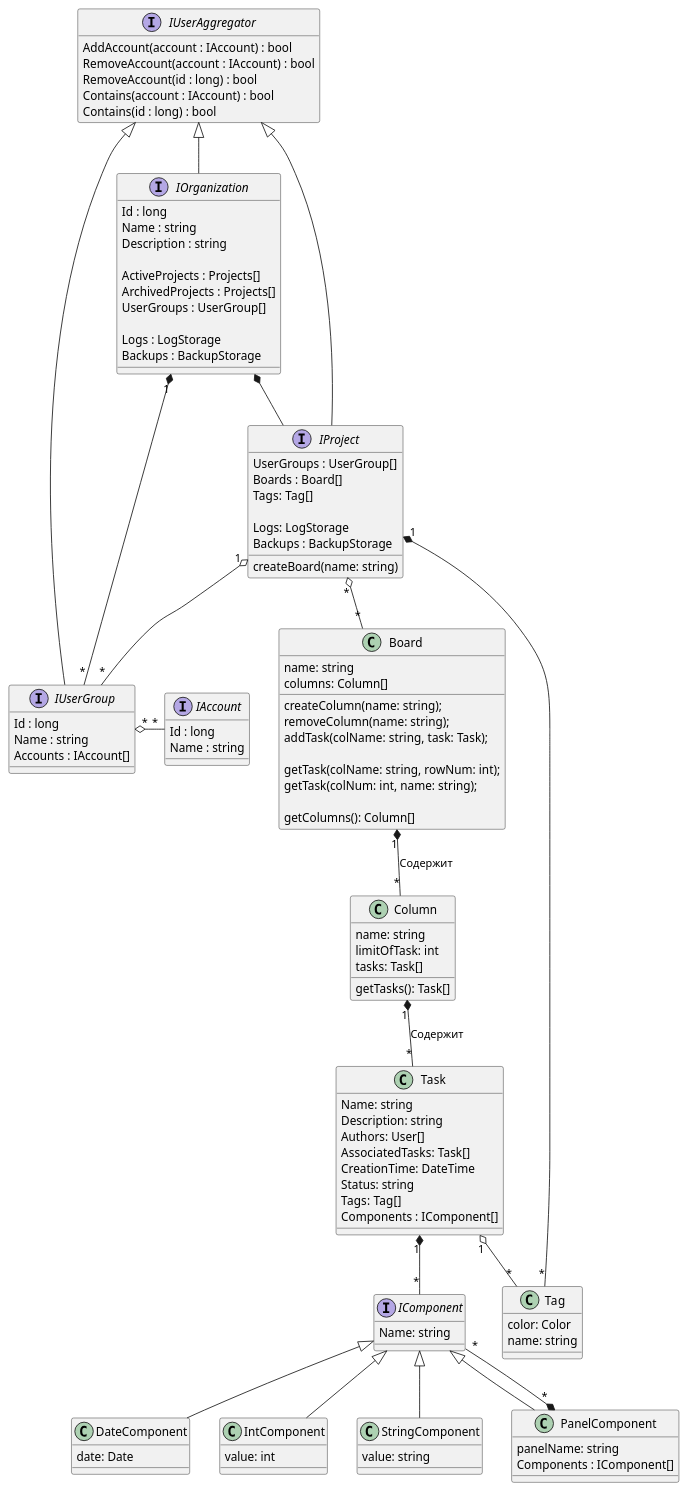
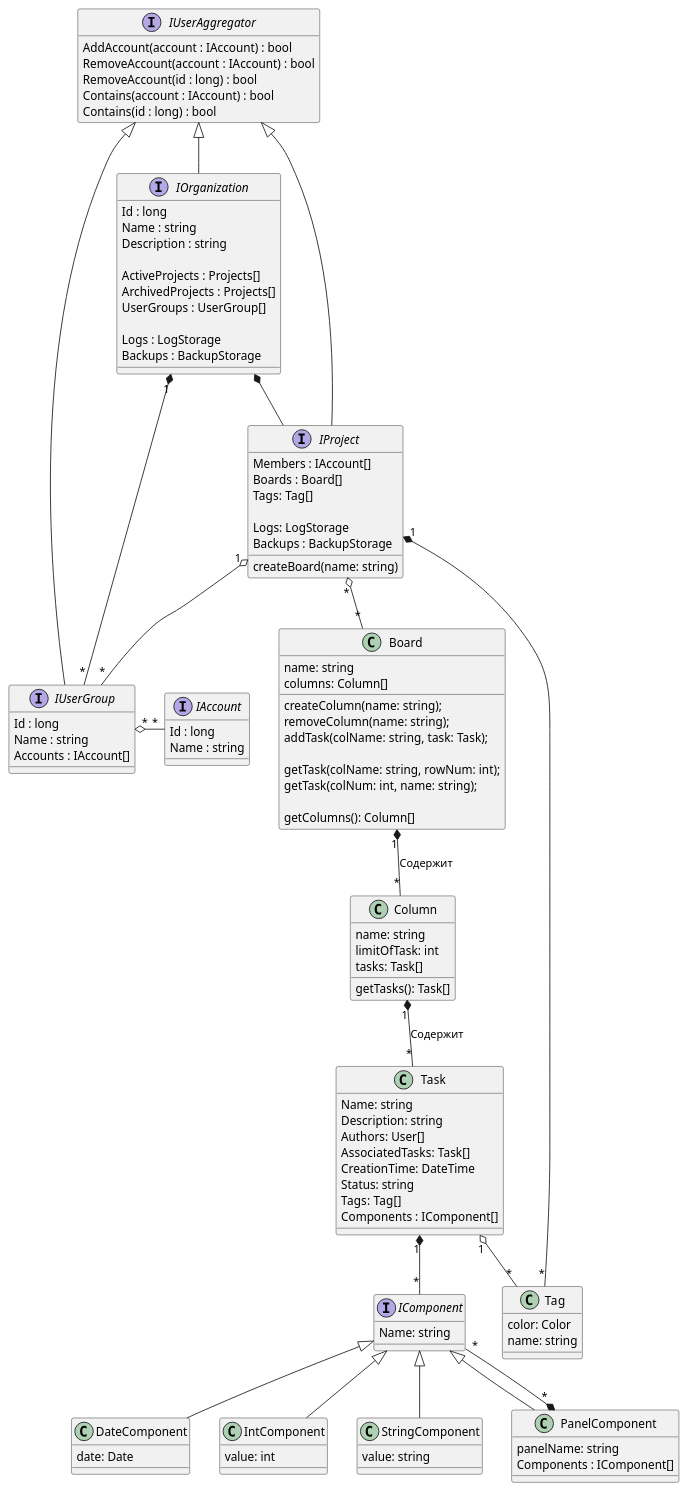
One commit to HandsAndKeyboards/TFlic changed the diagram in doc/diagrams/class/organization full class.puml. Above: the diagram before and after it, drawn with PlantUML.

Commit message:
проект теперь хранит не список групп пользователей, а списк аккаунтов

````diff
--- a/doc/diagrams/class/organization full class.puml
+++ b/doc/diagrams/class/organization full class.puml
@@ -1,161 +1,161 @@
 @startumlProject
 
 interface IUserAggregator {
     AddAccount(account : IAccount) : bool
     RemoveAccount(account : IAccount) : bool
     RemoveAccount(id : long) : bool
     Contains(account : IAccount) : bool
     Contains(id : long) : bool
 }
 hide IUserAggregator fields
 
 '''''''''''''''''''''''''''''''''''''''''''''''''''''''''''''''''''''''' ACCOUNTS
 
 interface IUserGroup {
     Id : long
     Name : string
     Accounts : IAccount[]
 }
 IUserAggregator <|-- IUserGroup
 IOrganization "1" *-- "*" IUserGroup
 IProject "1" o-- "*" IUserGroup
 
 interface IAccount {
     Id : long    
     Name : string
 }
 IUserGroup "*" o- "*" IAccount
 
 '''''''''''''''''''''''''''''''''''''''''''''''''''''''''''''''''''''''' ORGANIZATION
 
 interface IOrganization {
     Id : long
     Name : string
     Description : string
     
     ActiveProjects : Projects[]
     ArchivedProjects : Projects[]
     UserGroups : UserGroup[]
      
     Logs : LogStorage
     Backups : BackupStorage
 }
 IUserAggregator <|-- IOrganization
 
 '''''''''''''''''''''''''''''''''''''''''''''''''''''''''''''''''''''''' PROJECT
 
 interface IProject 
 {
-    UserGroups : UserGroup[]
+    Members : IAccount[]
     Boards : Board[]
     Tags: Tag[]
 
     Logs: LogStorage
     Backups : BackupStorage
 
     createBoard(name: string)
 }
 IUserAggregator <|-- IProject
 IOrganization *-- IProject
 
 'class Project
 '{
 '
 '}
 'IProject <|-- Project
 
 '''''''''''''''''''''''''''''''''''''''''''''''''''''''''''''''''''''''' BOARD
 
 class Board
 {
     name: string
     columns: Column[]
 
     createColumn(name: string);
     removeColumn(name: string);
     addTask(colName: string, task: Task);
 
     ''''''''''''''' ????
     getTask(colName: string, rowNum: int); 
     getTask(colNum: int, name: string);
     '''''''''''''''
 
     getColumns(): Column[]
 }
 IProject "*" o-- "*" Board
 
 '''''''''''''''''''''''''''''
 
 class Column
 {
     name: string
     limitOfTask: int
     tasks: Task[]
 
     getTasks(): Task[]
 }
 
 '''''''''''''''''''''''''''''
 
 class Task
 {
     Name: string
     Description: string
     Authors: User[]
     AssociatedTasks: Task[]
     CreationTime: DateTime
     Status: string
     Tags: Tag[]
     Components : IComponent[]
 }
 
 Task "1" *-- "*" IComponent
 
 '''''''''''''''''''''''''''''
 
 interface IComponent
 {
     Name: string
 }
 
 class DateComponent
 {
     date: Date
 }
 
 class IntComponent
 {
     value: int
 }
 
 class StringComponent
 {
     value: string
 }
 
 class PanelComponent
 {
     panelName: string
     Components : IComponent[]
 }
 
 IComponent <|-- DateComponent
 IComponent <|-- IntComponent
 IComponent <|-- StringComponent
 IComponent <|-- PanelComponent
 PanelComponent "*" *-- "*" IComponent
 
 '''''''''''''''''''''''''''''```
 
 class Tag
 {
     color: Color
     name: string
 }
 IProject "1" *-- "*" Tag
 
 Board "1" *-- "*" Column : Содержит
 Column "1" *-- "*" Task : Содержит
 Task "1" o-- "*" Tag
 
 @enduml
````
